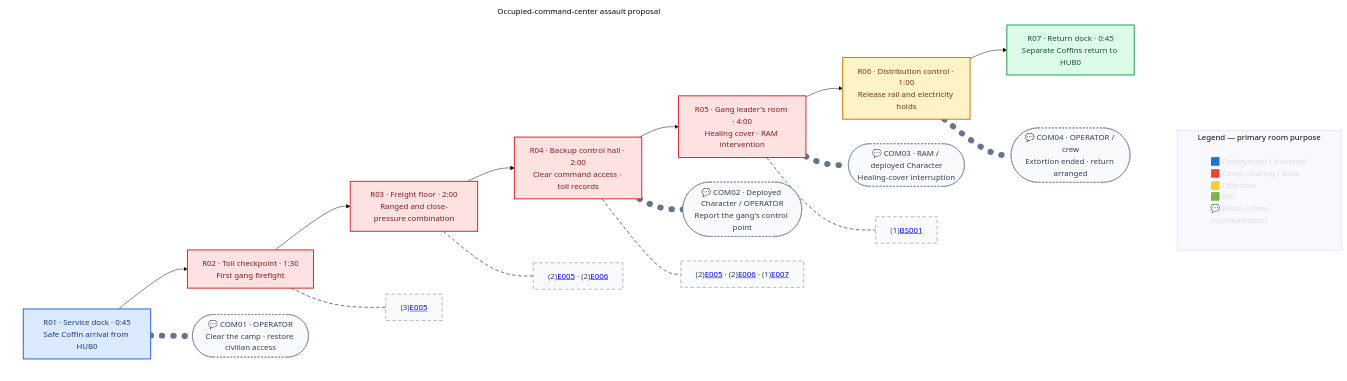
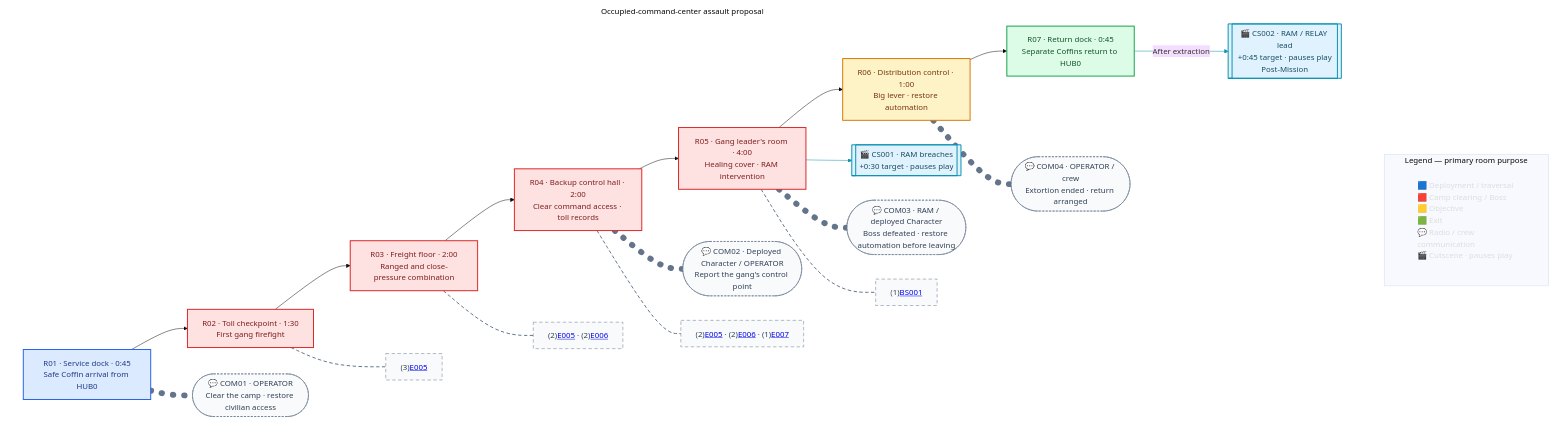
One commit to justgook/imprint-zero changed the diagram in missions/m03.md. Above: the diagram before and after it, drawn with Mermaid (base theme). The commit also changed other lines of this file and 24 other files, not shown here.

Commit message:
📝(cutscenes): add stable scene catalogue and M03 RAM introductions

````diff
--- a/missions/m03.md
+++ b/missions/m03.md
@@ -51,45 +51,54 @@
 ```mermaid
 flowchart TB
     subgraph Legend[Legend — primary room purpose]
-        L["🟦 Deployment / traversal<br/>🟥 Camp clearing / Boss<br/>🟨 Objective<br/>🟩 Exit<br/>💬 Radio / crew communication"]
+        L["🟦 Deployment / traversal<br/>🟥 Camp clearing / Boss<br/>🟨 Objective<br/>🟩 Exit<br/>💬 Radio / crew communication<br/>🎬 Cutscene · pauses play"]
     end
 
     subgraph Route[Occupied-command-center assault proposal]
         direction LR
         R01["R01 · Service dock · 0:45<br/>Safe Coffin arrival from HUB0"] --> R02["R02 · Toll checkpoint · 1:30<br/>First gang firefight"]
         R02 --> R03["R03 · Freight floor · 2:00<br/>Ranged and close-pressure combination"]
         R03 --> R04["R04 · Backup control hall · 2:00<br/>Clear command access · toll records"]
         R04 --> R05["R05 · Gang leader's room · 4:00<br/>Healing cover · RAM intervention"]
-        R05 --> R06["R06 · Distribution control · 1:00<br/>Release rail and electricity holds"]
+        R05 --> R06["R06 · Distribution control · 1:00<br/>Big lever · restore automation"]
         R06 --> R07["R07 · Return dock · 0:45<br/>Separate Coffins return to HUB0"]
+
+        R05 --> CS001[["🎬 CS001 · RAM breaches<br/>+0:30 target · pauses play"]]
+        R07 -->|After extraction| CS002[["🎬 CS002 · RAM / RELAY lead<br/>+0:45 target · pauses play<br/>Post-Mission"]]
+
+        click CS001 href "#/cutscenes/cs001"
+        click CS002 href "#/cutscenes/cs002"
 
         R01 -.- COM01(["💬 COM01 · OPERATOR<br/>Clear the camp · restore civilian access"])
         R04 -.- COM02(["💬 COM02 · Deployed Character / OPERATOR<br/>Report the gang's control point"])
-        R05 -.- COM03(["💬 COM03 · RAM / deployed Character<br/>Healing-cover interruption"])
+        R05 -.- COM03(["💬 COM03 · RAM / deployed Character<br/>Boss defeated · restore automation before leaving"])
         R06 -.- COM04(["💬 COM04 · OPERATOR / crew<br/>Extortion ended · return arranged"])
 
         R02 -.- C02["(3)<a href='#/enemies/e005'>E005</a>"]
         R03 -.- C03["(2)<a href='#/enemies/e005'>E005</a> · (2)<a href='#/enemies/e006'>E006</a>"]
         R04 -.- C04["(2)<a href='#/enemies/e005'>E005</a> · (2)<a href='#/enemies/e006'>E006</a> · (1)<a href='#/enemies/e007'>E007</a>"]
         R05 -.- C05["(1)<a href='#/bosses/bs001'>BS001</a>"]
     end
 
     classDef deployment fill:#dbeafe,stroke:#2563eb,color:#1e3a8a,stroke-width:2px;
     classDef combat fill:#fee2e2,stroke:#dc2626,color:#7f1d1d,stroke-width:2px;
     classDef objective fill:#fef3c7,stroke:#d97706,color:#78350f,stroke-width:2px;
     classDef exit fill:#dcfce7,stroke:#16a34a,color:#14532d,stroke-width:2px;
     classDef communication fill:#f8fafc,stroke:#64748b,color:#334155,stroke-width:1px,stroke-dasharray:4 3;
+    classDef cutscene fill:#e0f2fe,stroke:#0891b2,color:#164e63,stroke-width:2px;
     classDef roomContent fill:#f8fafc,stroke:#64748b,color:#334155,stroke-width:1px,stroke-dasharray:7 5;
     classDef legend fill:none,stroke:none,color:#ddd,text-align:left;
 
     class R01 deployment;
     class R02,R03,R04,R05 combat;
     class R06 objective;
     class R07 exit;
     class COM01,COM02,COM03,COM04 communication;
     class C02,C03,C04,C05 roomContent;
+    class CS001,CS002 cutscene;
     class L legend;
-    linkStyle 6,7,8,9 stroke:#64748b,stroke-width:12px,stroke-dasharray:1 22,stroke-linecap:round;
-    linkStyle 10,11,12,13 stroke:#64748b,stroke-width:2px,stroke-dasharray:7 5;
+    linkStyle 6,7 stroke:#0891b2,stroke-width:1px;
+    linkStyle 8,9,10,11 stroke:#64748b,stroke-width:12px,stroke-dasharray:1 22,stroke-linecap:round;
+    linkStyle 12,13,14,15 stroke:#64748b,stroke-width:2px,stroke-dasharray:7 5;
     style Route fill:none,stroke:none;
 ```
````
